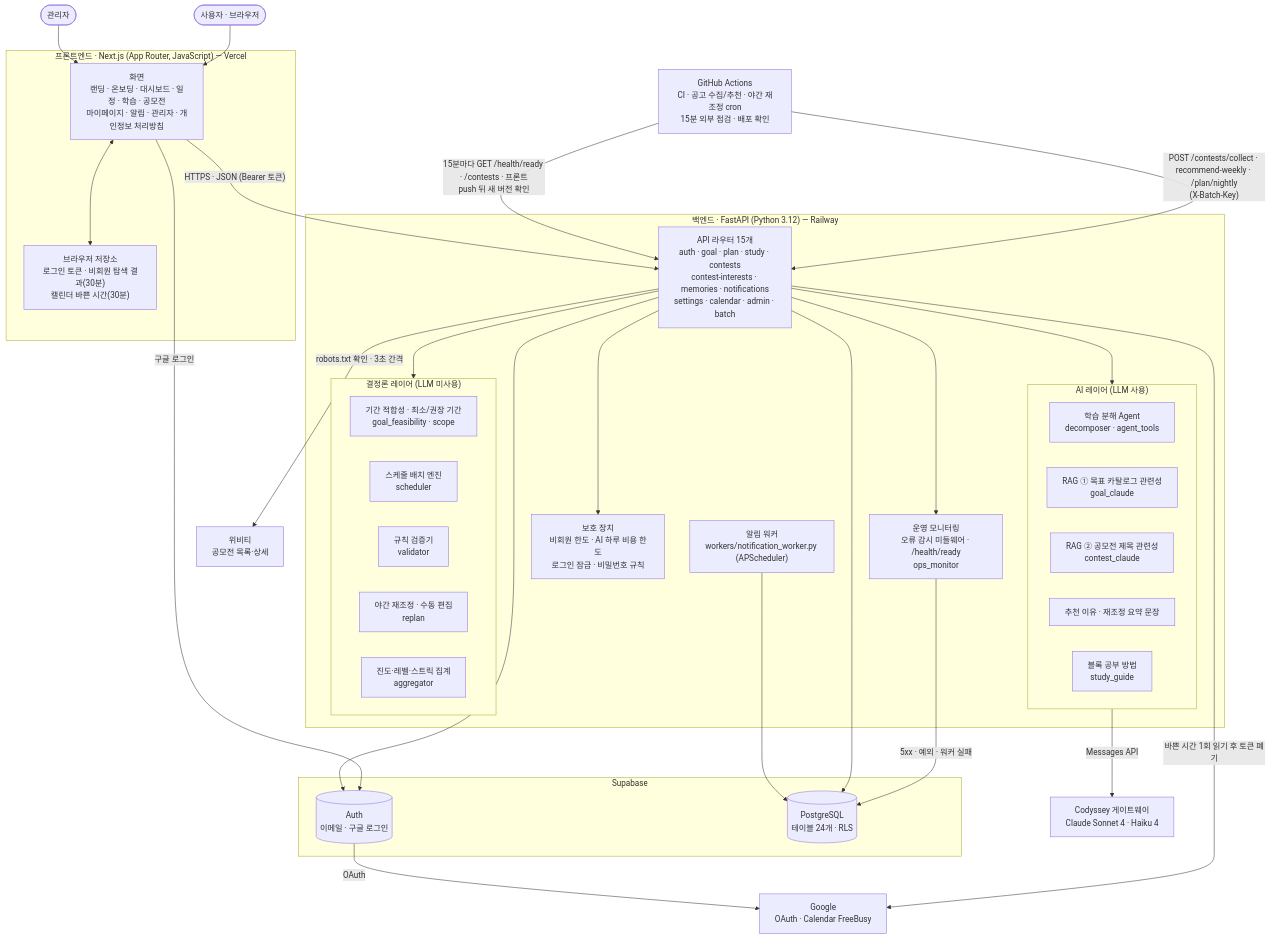
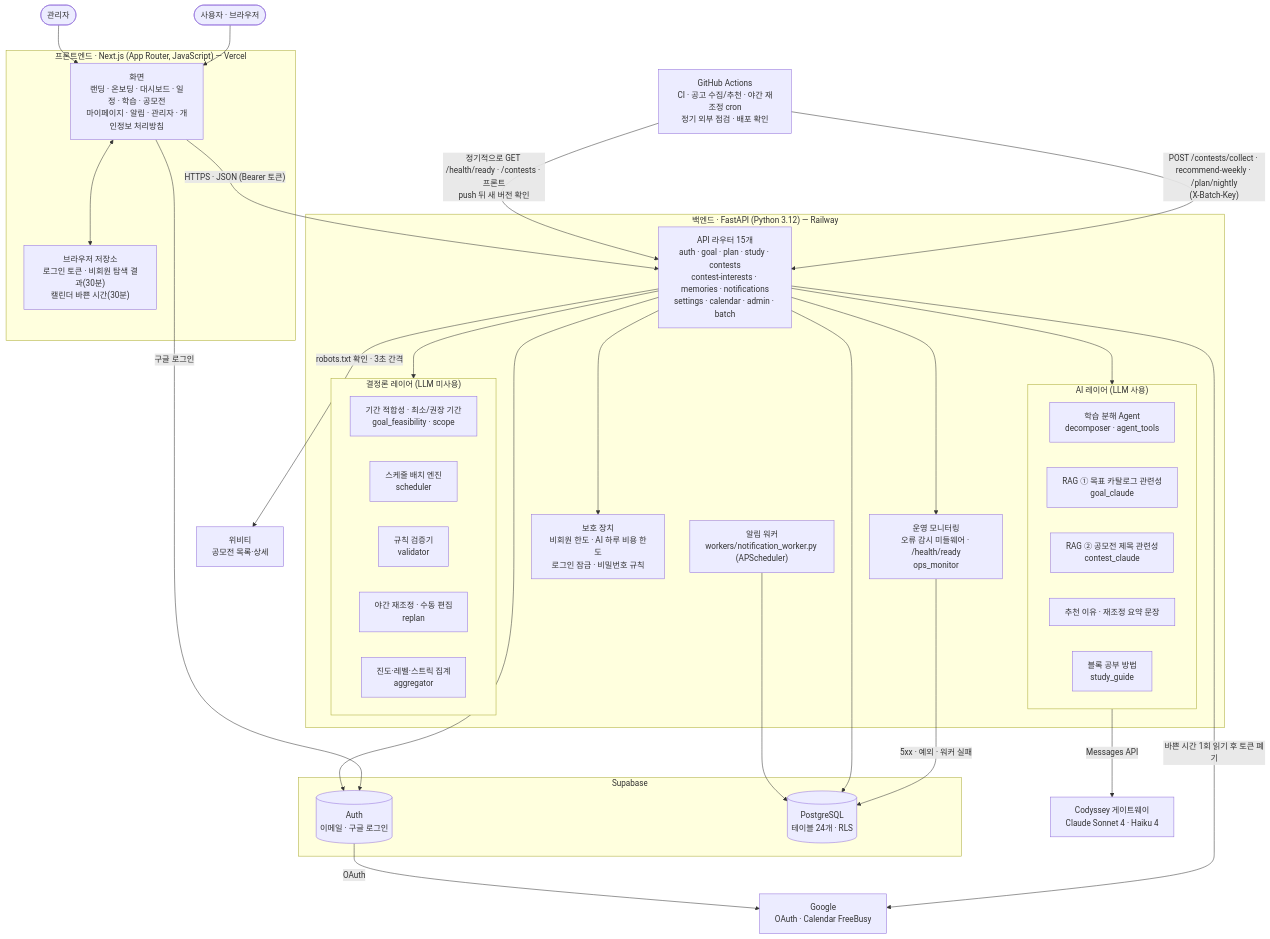
One commit to dinf7605/Codyssey_FinalProject changed the first of 9 diagrams in docs/architecture.md. Above: the diagram before and after it, drawn with Mermaid. The commit also changed other lines of this file and 10 other files, not shown here.

````diff
--- a/docs/architecture.md
+++ b/docs/architecture.md
@@ -8,61 +8,61 @@
 ```mermaid
 flowchart TB
     user(["사용자 · 브라우저"])
     admin(["관리자"])
 
     subgraph FE["프론트엔드 · Next.js (App Router, JavaScript) — Vercel"]
         pages["화면<br/>랜딩 · 온보딩 · 대시보드 · 일정 · 학습 · 공모전<br/>마이페이지 · 알림 · 관리자 · 개인정보 처리방침"]
         session["브라우저 저장소<br/>로그인 토큰 · 비회원 탐색 결과(30분)<br/>캘린더 바쁜 시간(30분)"]
     end
 
     subgraph BE["백엔드 · FastAPI (Python 3.12) — Railway"]
         api["API 라우터 15개<br/>auth · goal · plan · study · contests<br/>contest-interests · memories · notifications<br/>settings · calendar · admin · batch"]
         subgraph AIL["AI 레이어 (LLM 사용)"]
             agent["학습 분해 Agent<br/>decomposer · agent_tools"]
             rag1["RAG ① 목표 카탈로그 관련성<br/>goal_claude"]
             rag2["RAG ② 공모전 제목 관련성<br/>contest_claude"]
             words["추천 이유 · 재조정 요약 문장"]
             guide["블록 공부 방법<br/>study_guide"]
         end
         subgraph DL["결정론 레이어 (LLM 미사용)"]
             feas["기간 적합성 · 최소/권장 기간<br/>goal_feasibility · scope"]
             sched["스케줄 배치 엔진<br/>scheduler"]
             valid["규칙 검증기<br/>validator"]
             replan["야간 재조정 · 수동 편집<br/>replan"]
             pace["진도·레벨·스트릭 집계<br/>aggregator"]
         end
         guard["보호 장치<br/>비회원 한도 · AI 하루 비용 한도<br/>로그인 잠금 · 비밀번호 규칙"]
         ops["운영 모니터링<br/>오류 감시 미들웨어 · /health/ready<br/>ops_monitor"]
         worker["알림 워커<br/>workers/notification_worker.py (APScheduler)"]
     end
 
     subgraph SB["Supabase"]
         auth[("Auth<br/>이메일 · 구글 로그인")]
         pg[("PostgreSQL<br/>테이블 24개 · RLS")]
     end
 
     llm["Codyssey 게이트웨이<br/>Claude Sonnet 4 · Haiku 4"]
     google["Google<br/>OAuth · Calendar FreeBusy"]
     wevity["위비티<br/>공모전 목록·상세"]
-    gha["GitHub Actions<br/>CI · 공고 수집/추천 · 야간 재조정 cron<br/>15분 외부 점검 · 배포 확인"]
+    gha["GitHub Actions<br/>CI · 공고 수집/추천 · 야간 재조정 cron<br/>정기 외부 점검 · 배포 확인"]
 
     user --> pages
     admin --> pages
     pages <--> session
     pages -- "HTTPS · JSON (Bearer 토큰)" --> api
     pages -- "구글 로그인" --> auth
     api --> AIL
     api --> DL
     api --> guard
     api --> ops
     ops -- "5xx · 예외 · 워커 실패" --> pg
     AIL -- "Messages API" --> llm
     api --> pg
     api --> auth
     worker --> pg
     api -- "바쁜 시간 1회 읽기 후 토큰 폐기" --> google
     auth -- "OAuth" --> google
     gha -- "POST /contests/collect · recommend-weekly · /plan/nightly<br/>(X-Batch-Key)" --> api
-    gha -- "15분마다 GET /health/ready · /contests · 프론트<br/>push 뒤 새 버전 확인" --> api
+    gha -- "정기적으로 GET /health/ready · /contests · 프론트<br/>push 뒤 새 버전 확인" --> api
     api -- "robots.txt 확인 · 3초 간격" --> wevity
 ```
````
